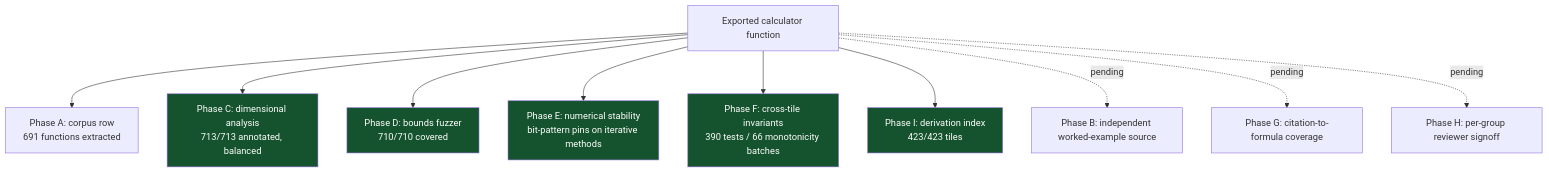
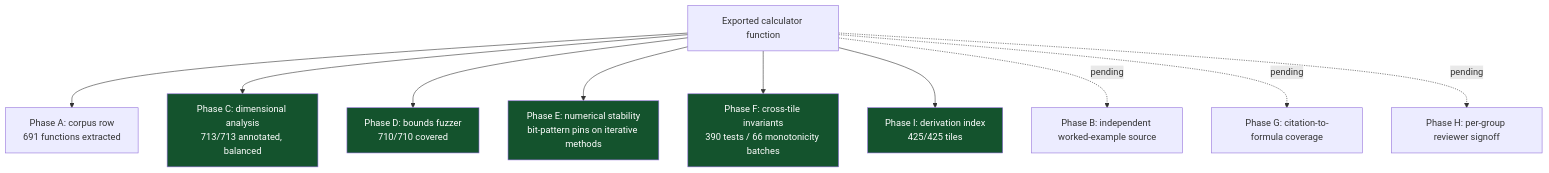
One commit to clay-good/roughlogic.com changed the fourth of 5 diagrams in README.md. Above: the diagram before and after it, drawn with Mermaid. The commit also changed other lines of this file and 16 other files, not shown here.

````diff
--- a/README.md
+++ b/README.md
@@ -212,17 +212,17 @@
 ```mermaid
 flowchart TB
     F[Exported calculator function] --> A[Phase A: corpus row\n691 functions extracted]
     F --> C[Phase C: dimensional analysis\n713/713 annotated, balanced]
     F --> D[Phase D: bounds fuzzer\n710/710 covered]
     F --> E[Phase E: numerical stability\nbit-pattern pins on iterative methods]
     F --> Fa[Phase F: cross-tile invariants\n390 tests / 66 monotonicity batches]
-    F --> I[Phase I: derivation index\n423/423 tiles]
+    F --> I[Phase I: derivation index\n425/425 tiles]
     F -.pending.-> B[Phase B: independent worked-example source]
     F -.pending.-> G[Phase G: citation-to-formula coverage]
     F -.pending.-> H[Phase H: per-group reviewer signoff]
     style C fill:#14532d,color:#fff
     style D fill:#14532d,color:#fff
     style E fill:#14532d,color:#fff
     style Fa fill:#14532d,color:#fff
     style I fill:#14532d,color:#fff
 ```
````
